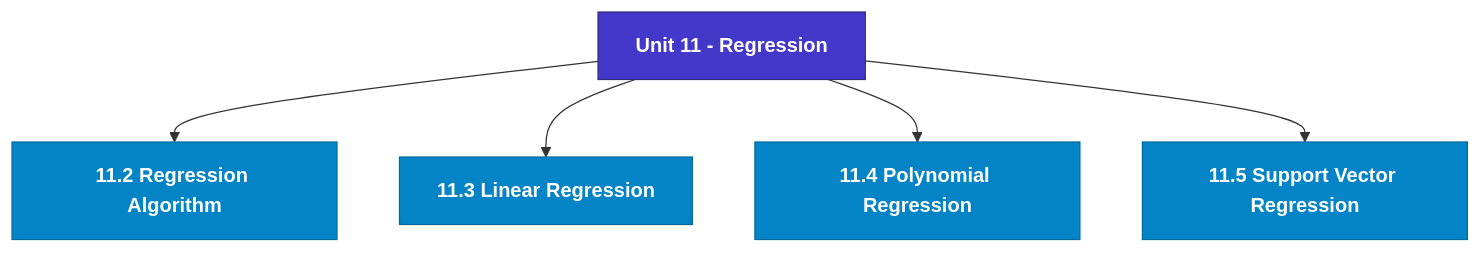
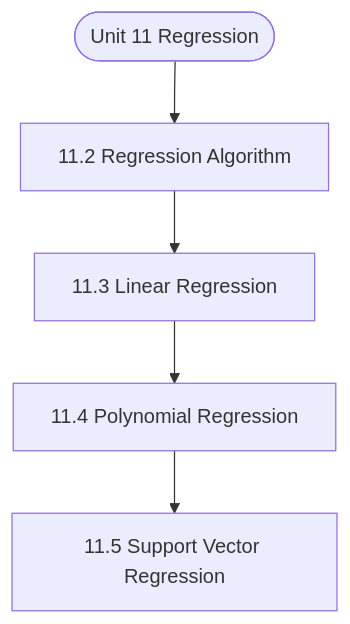
The diagram in notes/Semester_2/MCS-224_Artificial_Intelligence_&_Machine_Learning/unit_11_Regression.md (Asutosh-Coaching/mscdsa), drawn with Mermaid before and after one commit. The commit also changed other lines of this file and 115 other files, not shown here.

Commit message:
Fix Mermaid layout for mobile, isolate LaTeX delimiters, and add GitHub Pages reader

````diff
--- a/notes/Semester_2/MCS-224_Artificial_Intelligence_&_Machine_Learning/unit_11_Regression.md
+++ b/notes/Semester_2/MCS-224_Artificial_Intelligence_&_Machine_Learning/unit_11_Regression.md
@@ -19,17 +19,12 @@
 ```mermaid
 flowchart TD
-  %% Styling Definitions
-  classDef head fill:#4338ca,stroke:#312e81,color:#ffffff,font-weight:bold;
-  classDef topic fill:#0284c7,stroke:#0369a1,color:#ffffff,font-weight:600;
-  classDef sub fill:#1e293b,stroke:#475569,color:#f8fafc;
-
-  Root["Unit 11 - Regression"]:::head
-  M1["11.2 Regression Algorithm"]:::topic
-  Root --> M1
-  M2["11.3 Linear Regression"]:::topic
-  Root --> M2
-  M3["11.4 Polynomial Regression"]:::topic
-  Root --> M3
-  M4["11.5 Support Vector Regression"]:::topic
-  Root --> M4
+  Start(["Unit 11 Regression"])
+  N1["11.2 Regression Algorithm"]
+  N2["11.3 Linear Regression"]
+  N3["11.4 Polynomial Regression"]
+  N4["11.5 Support Vector Regression"]
+  Start --> N1
+  N1 --> N2
+  N2 --> N3
+  N3 --> N4
 ```
````
